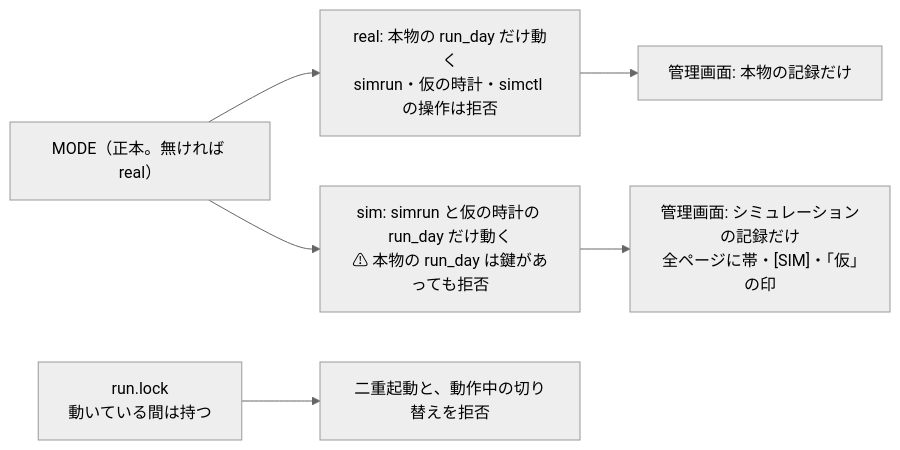
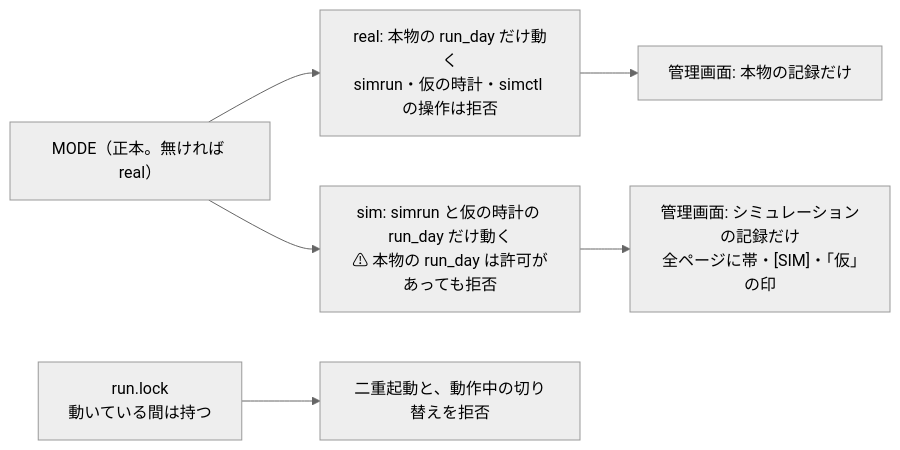
Before and after one commit to akiraak/ai-income-lab: the third of 8 diagrams in docs/specs/experiments/live-trading.md, drawn with Mermaid (neutral theme). The commit also changed other lines of this file and 52 other files, not shown here.

````diff
--- a/docs/specs/experiments/live-trading.md
+++ b/docs/specs/experiments/live-trading.md
@@ -238,8 +238,8 @@
 ```mermaid
 flowchart LR
   M["MODE（正本。無ければ real）"] --> R["real: 本物の run_day だけ動く<br/>simrun・仮の時計・simctl の操作は拒否"]
-  M --> S["sim: simrun と仮の時計の run_day だけ動く<br/>⚠ 本物の run_day は鍵があっても拒否"]
+  M --> S["sim: simrun と仮の時計の run_day だけ動く<br/>⚠ 本物の run_day は許可があっても拒否"]
   L["run.lock<br/>動いている間は持つ"] --> X["二重起動と、動作中の切り替えを拒否"]
   R --> V["管理画面: 本物の記録だけ"]
   S --> W["管理画面: シミュレーションの記録だけ<br/>全ページに帯・[SIM]・「仮」の印"]
 ```
````
